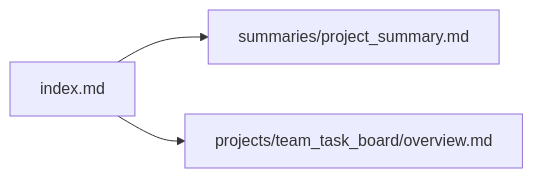
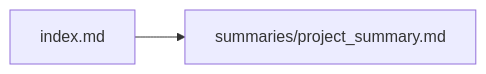
One commit to SanjoyDat1/lahacks26 changed the diagram in agent/brain/map.md. Above: the diagram before and after it, drawn with Mermaid. The commit also changed other lines of this file and 20 other files, not shown here.

````diff
--- a/agent/brain/map.md
+++ b/agent/brain/map.md
@@ -23,5 +22,4 @@
 ```mermaid
 flowchart LR
   Index["index.md"] --> ProjectSummary["summaries/project_summary.md"]
-  Index --> TeamTaskBoardOverview["projects/team_task_board/overview.md"]
 ```
````
